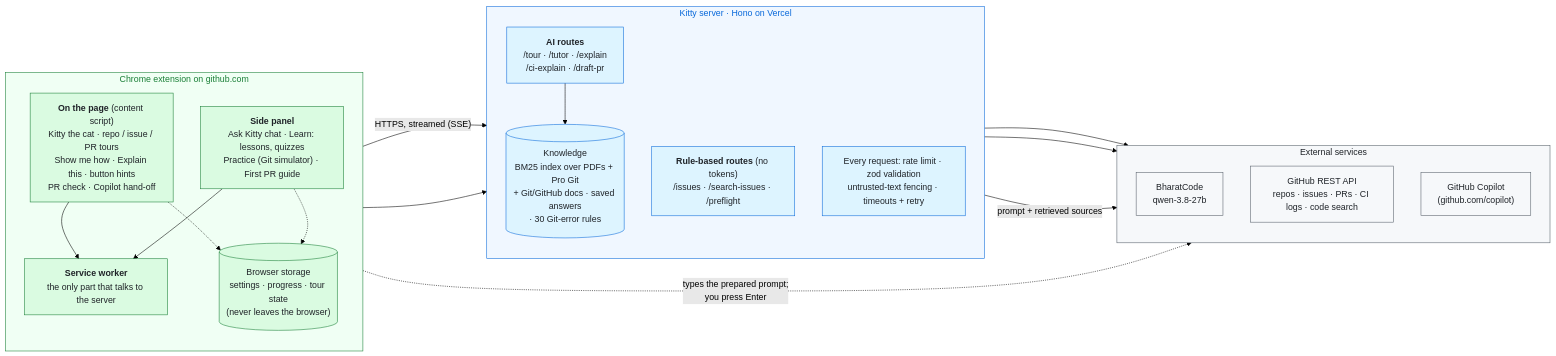
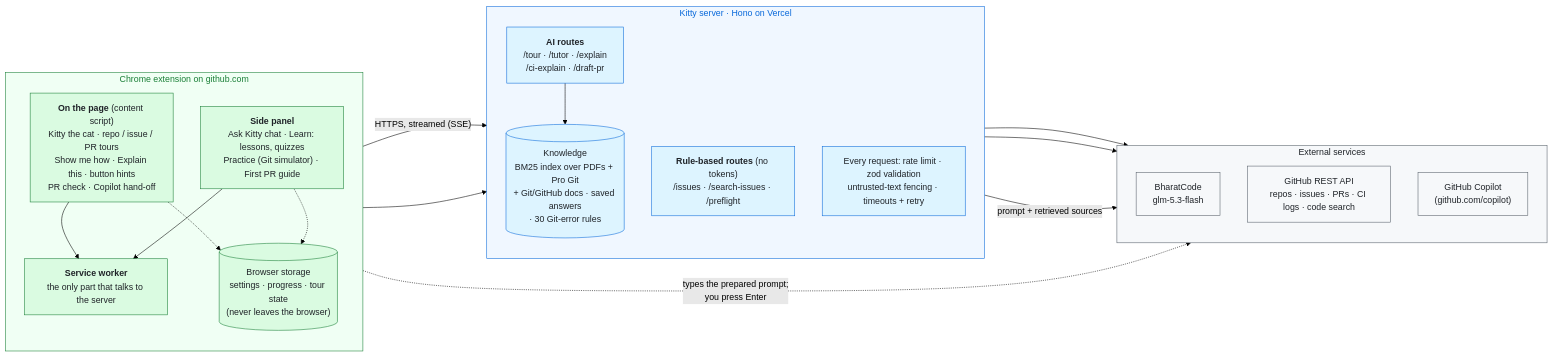
One commit to Krish6115/GitKitty changed the diagram in kitty/README.md. Above: the diagram before and after it, drawn with Mermaid (forest theme). The commit also changed other lines of this file and 7 other files, not shown here.

Commit message:
chore(server): switch BharatCode model to glm-5.3-flash

````diff
--- a/kitty/README.md
+++ b/kitty/README.md
@@ -34,47 +34,47 @@
 ```mermaid
 flowchart LR
   subgraph EXT["Chrome extension on github.com"]
     direction TB
     CS["<b>On the page</b> (content script)<br/>Kitty the cat · repo / issue / PR tours<br/>Show me how · Explain this · button hints<br/>PR check · Copilot hand-off"]
     SP["<b>Side panel</b><br/>Ask Kitty chat · Learn: lessons, quizzes<br/>Practice (Git simulator) · First PR guide"]
     LOCAL[("Browser storage<br/>settings · progress · tour state<br/>(never leaves the browser)")]
     SW["<b>Service worker</b><br/>the only part that talks to the server"]
     CS --> SW
     SP --> SW
     CS -.-> LOCAL
     SP -.-> LOCAL
   end
 
   subgraph SRV["Kitty server · Hono on Vercel"]
     direction TB
     AI["<b>AI routes</b><br/>/tour · /tutor · /explain<br/>/ci-explain · /draft-pr"]
     RULES["<b>Rule-based routes</b> (no tokens)<br/>/issues · /search-issues · /preflight"]
     RAG[("Knowledge<br/>BM25 index over PDFs + Pro Git<br/>+ Git/GitHub docs · saved answers<br/>· 30 Git-error rules")]
     GUARD["Every request: rate limit · zod validation<br/>untrusted-text fencing · timeouts + retry"]
     AI --> RAG
   end
 
   subgraph OUT["External services"]
     direction TB
-    BC["BharatCode<br/>qwen-3.8-27b"]
+    BC["BharatCode<br/>glm-5.3-flash"]
     GH["GitHub REST API<br/>repos · issues · PRs · CI logs · code search"]
     CP["GitHub Copilot<br/>(github.com/copilot)"]
   end
 
   SW -- "HTTPS, streamed (SSE)" --> AI
   SW --> RULES
   AI --> GH
   RULES --> GH
   AI -- "prompt + retrieved sources" --> BC
   CS -. "types the prepared prompt;<br/>you press Enter" .-> CP
 
   classDef ext fill:#dafbe1,stroke:#1a7f37,color:#1f2328
   classDef srv fill:#ddf4ff,stroke:#0969da,color:#1f2328
   classDef outside fill:#f6f8fa,stroke:#57606a,color:#1f2328
   class CS,SP,SW,LOCAL ext
   class AI,RULES,RAG,GUARD srv
   class GH,BC,CP outside
   style OUT fill:#f6f8fa,stroke:#57606a,color:#1f2328
   style EXT fill:#f0fff4,stroke:#1a7f37,color:#1a7f37
   style SRV fill:#f0f7ff,stroke:#0969da,color:#0969da
 ```
````
